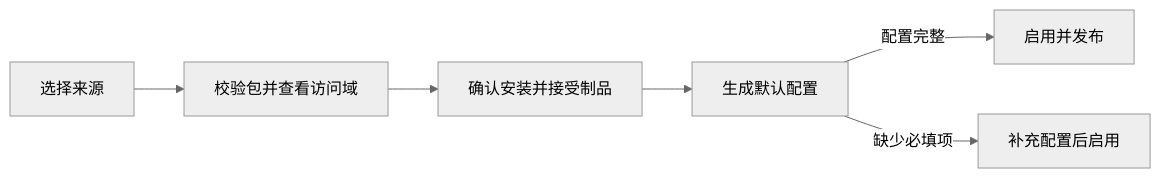
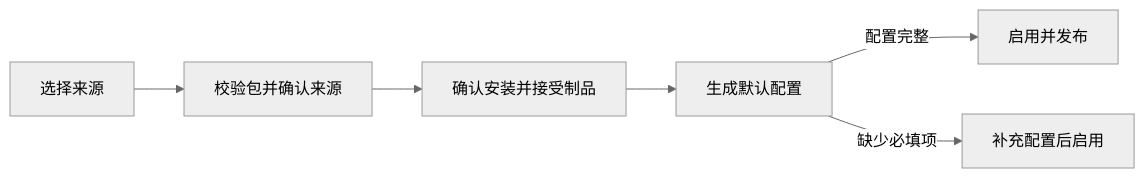
One commit to Ming-321/codex-proxy-rs changed the diagram in docs/plugins.md. Above: the diagram before and after it, drawn with Mermaid (neutral theme). The commit also changed other lines of this file and 298 other files, not shown here.

````diff
--- a/docs/plugins.md
+++ b/docs/plugins.md
@@ -8,8 +8,8 @@
 ```mermaid
 flowchart LR
-  A[选择来源] --> B[校验包并查看访问域]
+  A[选择来源] --> B[校验包并确认来源]
   B --> C[确认安装并接受制品]
   C --> D[生成默认配置]
   D -->|配置完整| E[启用并发布]
   D -->|缺少必填项| F[补充配置后启用]
 ```
````
